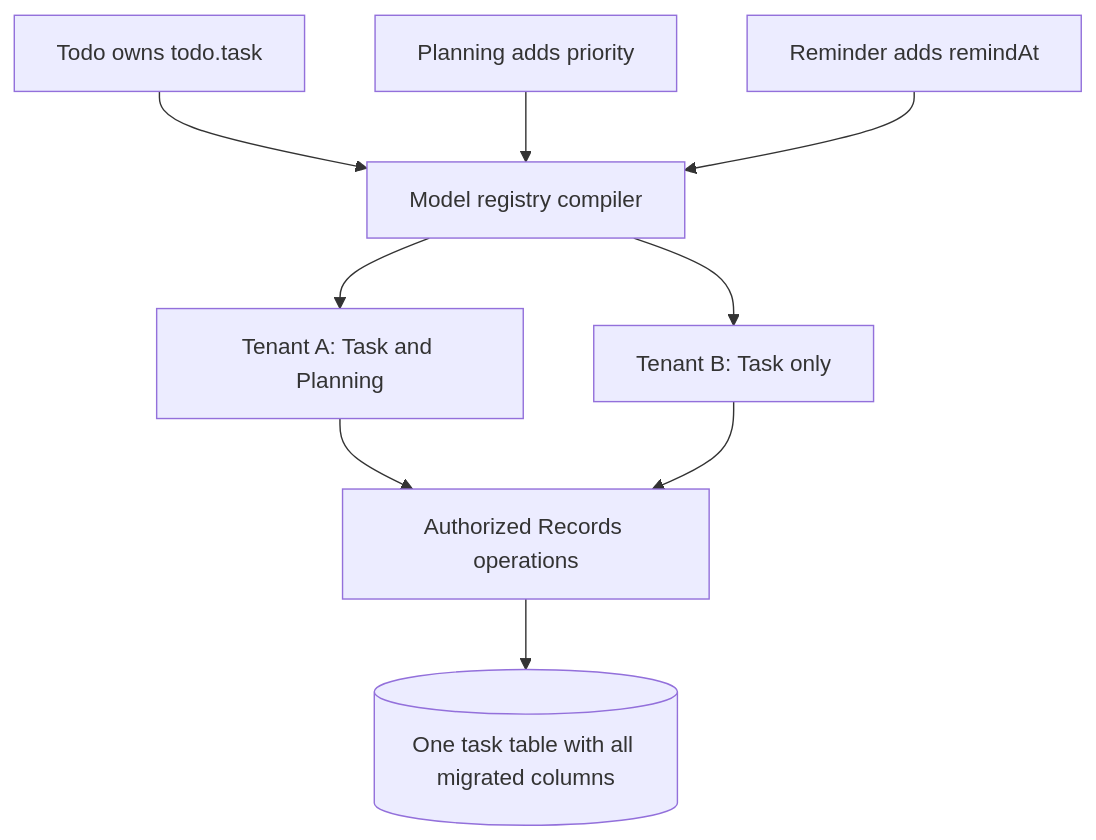
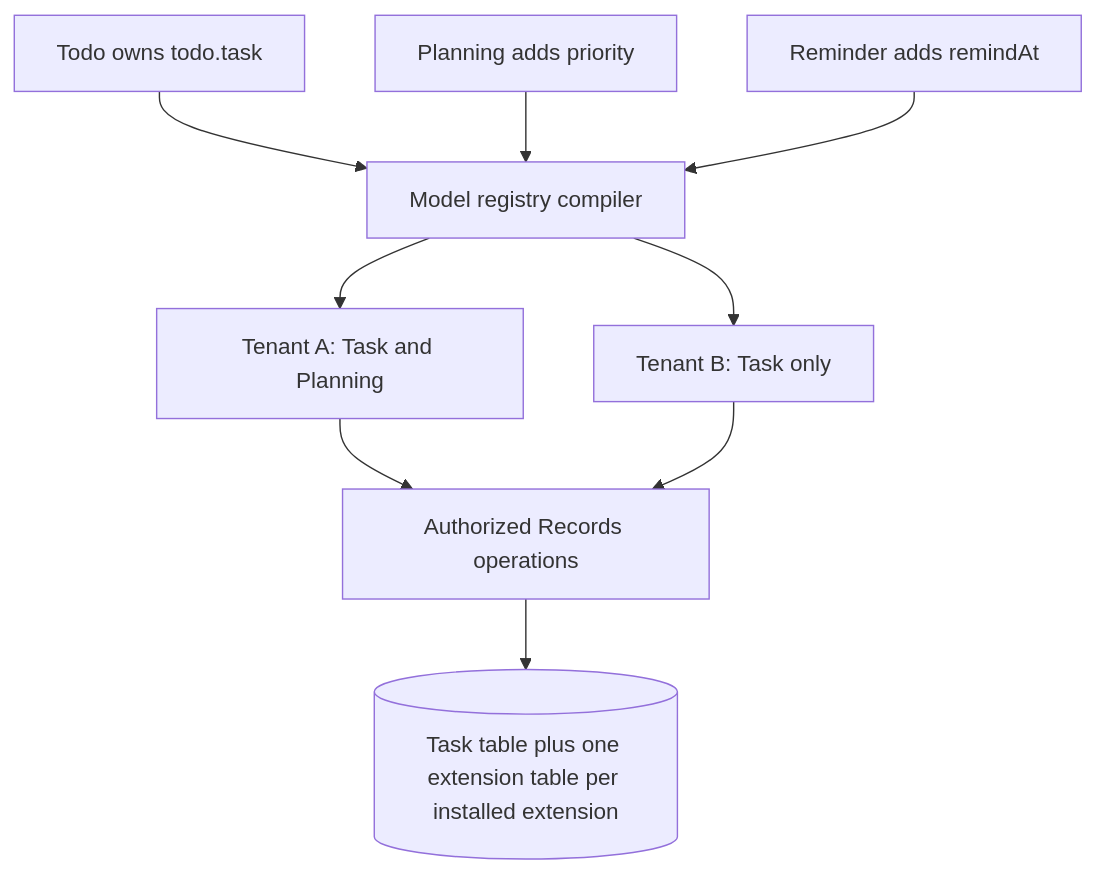
The first of 3 diagrams in docs/ERP-MODELS.md (leaderiop/Bridger), drawn with Mermaid before and after one commit. The commit also changed other lines of this file and 7 other files, not shown here.

First line of the commit message:
Store extension fields in extension tables, never in the base table

````diff
--- a/docs/ERP-MODELS.md
+++ b/docs/ERP-MODELS.md
@@ -24,11 +24,11 @@
 ```mermaid
 flowchart TD
     Todo[Todo owns todo.task] --> Compiler[Model registry compiler]
     Planning[Planning adds priority] --> Compiler
     Reminder[Reminder adds remindAt] --> Compiler
     Compiler --> A[Tenant A: Task and Planning]
     Compiler --> B[Tenant B: Task only]
     A --> Records[Authorized Records operations]
     B --> Records
-    Records --> Table[(One task table with all migrated columns)]
+    Records --> Table[(Task table plus one extension table per installed extension)]
 ```
````
